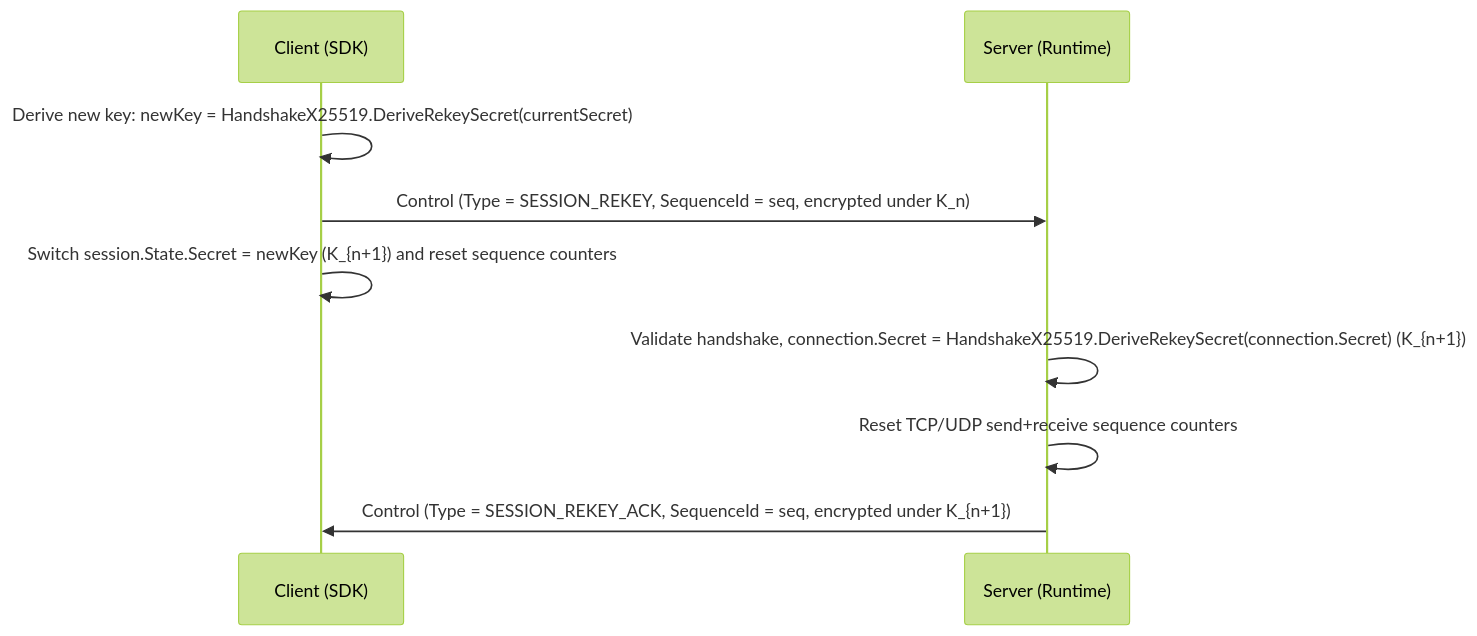
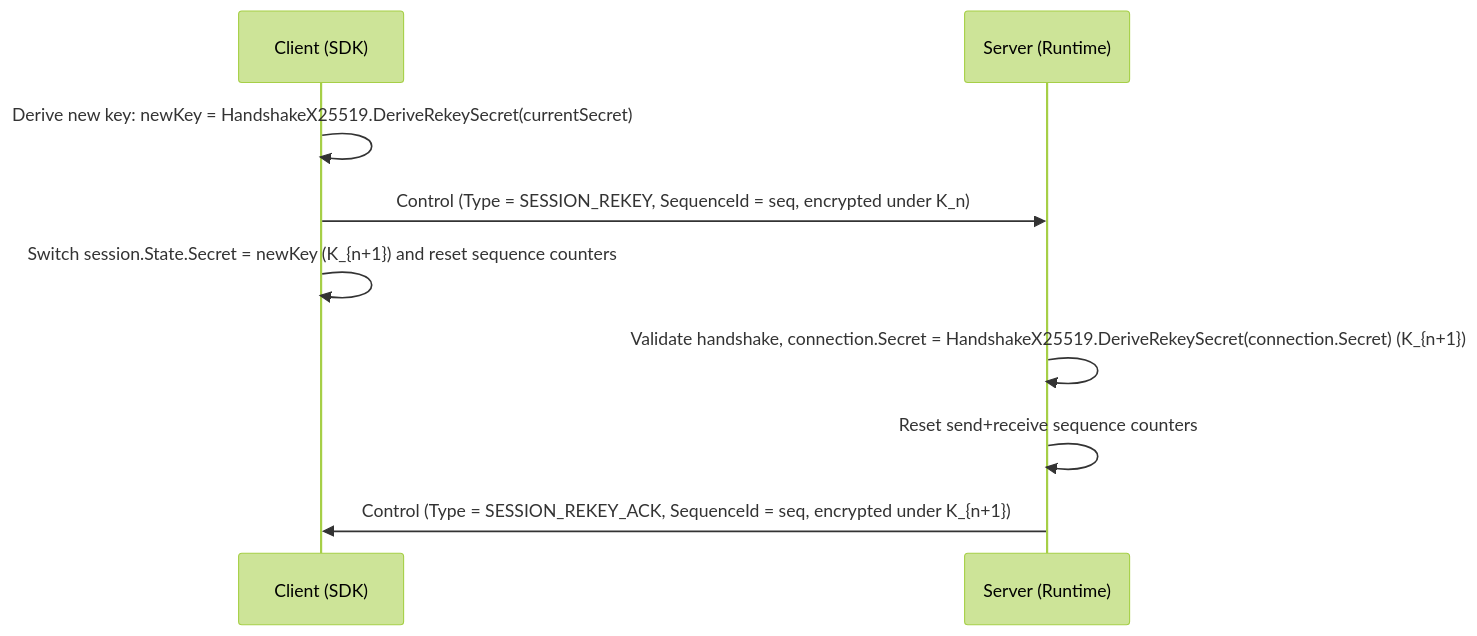
One commit to ppn-systems/nalix-docs changed the diagram in src/content/docs/en-us/api/security/session-rekey.md. Above: the diagram before and after it, drawn with Mermaid (forest theme). The commit also changed other lines of this file and 257 other files, not shown here.

````diff
--- a/src/content/docs/en-us/api/security/session-rekey.md
+++ b/src/content/docs/en-us/api/security/session-rekey.md
@@ -19,12 +19,12 @@
 ```mermaid
 sequenceDiagram
     participant C as Client (SDK)
     participant S as Server (Runtime)
 
     C->>C: Derive new key: newKey = HandshakeX25519.DeriveRekeySecret(currentSecret)
     C->>S: Control (Type = SESSION_REKEY, SequenceId = seq, encrypted under K_n)
     C->>C: Switch session.State.Secret = newKey (K_{n+1}) and reset sequence counters
     S->>S: Validate handshake, connection.Secret = HandshakeX25519.DeriveRekeySecret(connection.Secret) (K_{n+1})
-    S->>S: Reset TCP/UDP send+receive sequence counters
+    S->>S: Reset send+receive sequence counters
     S->>C: Control (Type = SESSION_REKEY_ACK, SequenceId = seq, encrypted under K_{n+1})
 ```
````
